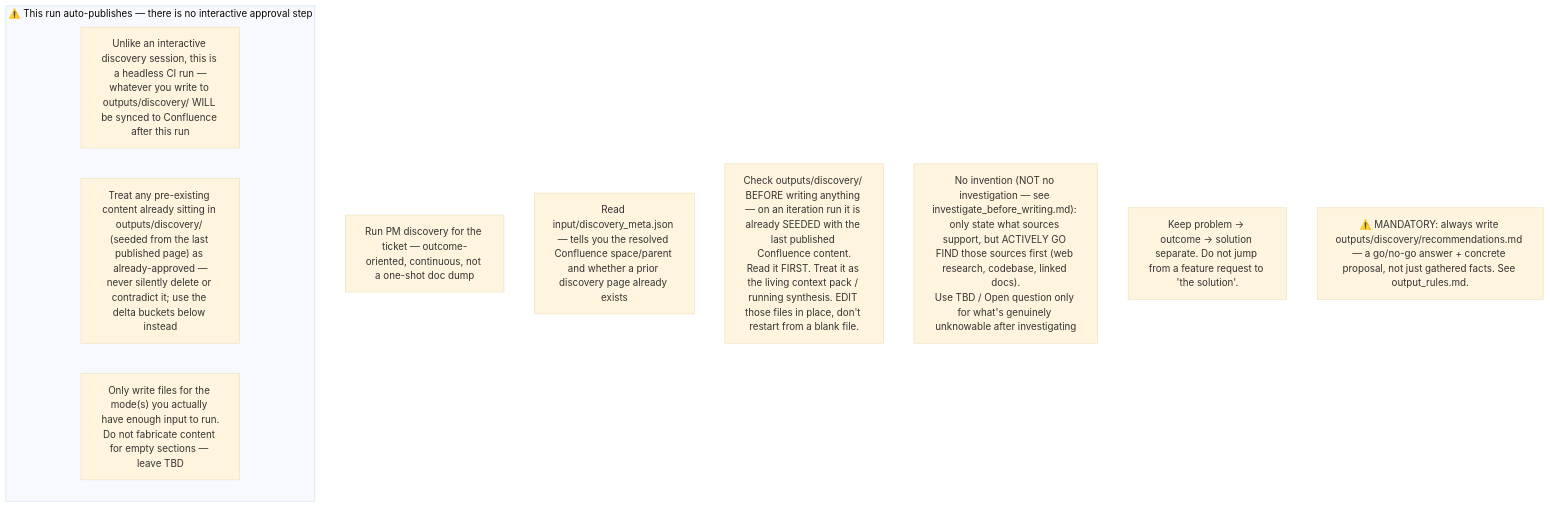
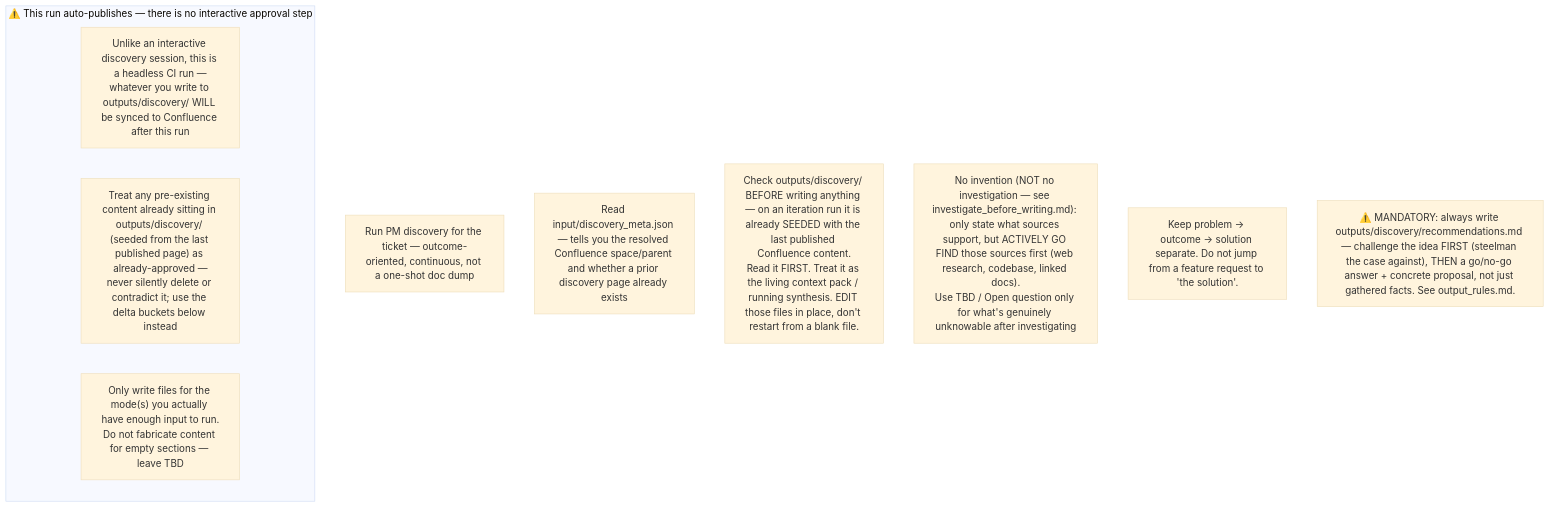
One commit to IstiN/dmtools-agents changed the diagram in instructions/discovery/general_guidelines.md. Above: the diagram before and after it, drawn with Mermaid (base theme). The commit also changed other lines of this file and 2 other files, not shown here.

````diff
--- a/instructions/discovery/general_guidelines.md
+++ b/instructions/discovery/general_guidelines.md
@@ -1,15 +1,15 @@
 ```mermaid
 flowchart TD
     G1["Run PM discovery for the ticket — outcome-oriented, continuous, not a one-shot doc dump"]
     G2["Read input/discovery_meta.json — tells you the resolved Confluence space/parent and whether a prior discovery page already exists"]
     G3["Check outputs/discovery/ BEFORE writing anything — on an iteration run it is already SEEDED with the last published Confluence content.<br/>Read it FIRST. Treat it as the living context pack / running synthesis. EDIT those files in place, don't restart from a blank file."]
     G4["No invention (NOT no investigation — see investigate_before_writing.md): only state what sources support, but ACTIVELY GO FIND those sources first (web research, codebase, linked docs).<br/>Use TBD / Open question only for what's genuinely unknowable after investigating"]
     G5["Keep problem → outcome → solution separate. Do not jump from a feature request to 'the solution'."]
-    G6["⚠️ MANDATORY: always write outputs/discovery/recommendations.md — a go/no-go answer + concrete proposal, not just gathered facts. See output_rules.md."]
+    G6["⚠️ MANDATORY: always write outputs/discovery/recommendations.md — challenge the idea FIRST (steelman the case against), THEN a go/no-go answer + concrete proposal, not just gathered facts. See output_rules.md."]
 
     subgraph AUTOPUBLISH["⚠️ This run auto-publishes — there is no interactive approval step"]
         AP1["Unlike an interactive discovery session, this is a headless CI run —<br/>whatever you write to outputs/discovery/ WILL be synced to Confluence after this run"]
         AP2["Treat any pre-existing content already sitting in outputs/discovery/ (seeded from the last published page) as already-approved —<br/>never silently delete or contradict it; use the delta buckets below instead"]
         AP3["Only write files for the mode(s) you actually have enough input to run.<br/>Do not fabricate content for empty sections — leave TBD"]
     end
 ```
````
